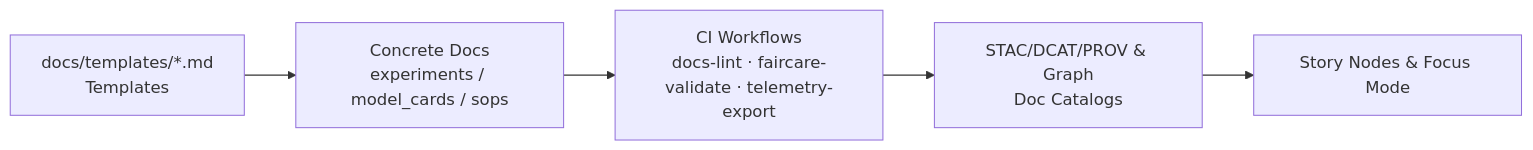
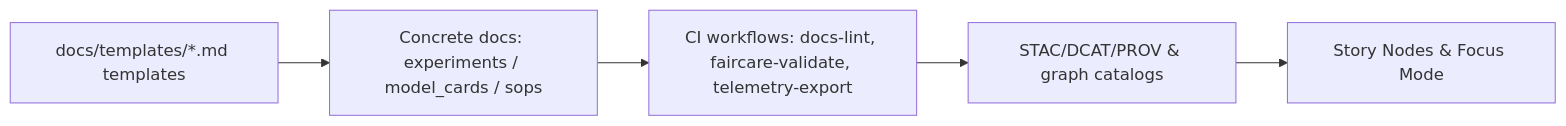
One commit to bartytime4life/Kansas-Frontier-Matrix changed the diagram in docs/templates/README.md. Above: the diagram before and after it, drawn with Mermaid. The commit also changed other lines of this file, not shown here.

```diff
--- a/docs/templates/README.md
+++ b/docs/templates/README.md
@@ -361,7 +364,7 @@
 ~~~mermaid
 flowchart LR
-  TPL[docs/templates/*.md<br/>Templates] --> DOCS[Concrete Docs<br/>experiments / model_cards / sops]
-  DOCS --> CI[CI Workflows<br/>docs-lint · faircare-validate · telemetry-export]
-  CI --> CAT[STAC/DCAT/PROV & Graph<br/>Doc Catalogs]
-  CAT --> FM[Story Nodes & Focus Mode]
+  TPL["docs/templates/*.md templates"] --> DOCS["Concrete docs: experiments / model_cards / sops"]
+  DOCS --> CI["CI workflows: docs-lint, faircare-validate, telemetry-export"]
+  CI --> CAT["STAC/DCAT/PROV & graph catalogs"]
+  CAT --> FM["Story Nodes & Focus Mode"]
 ~~~
```
